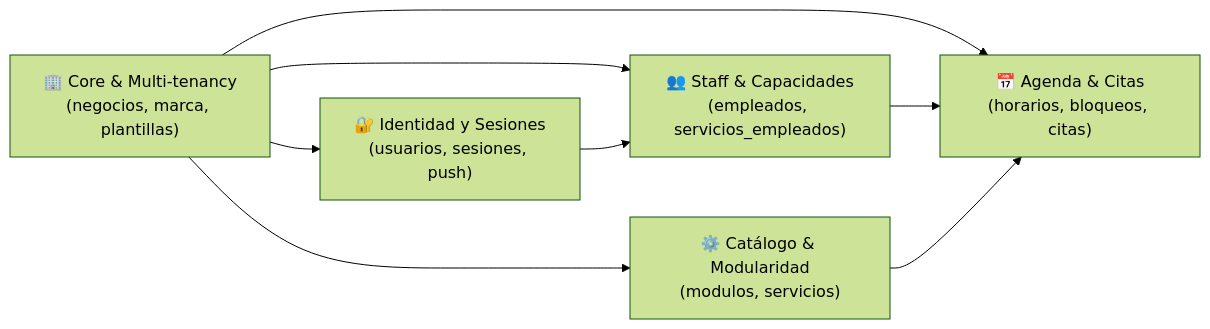
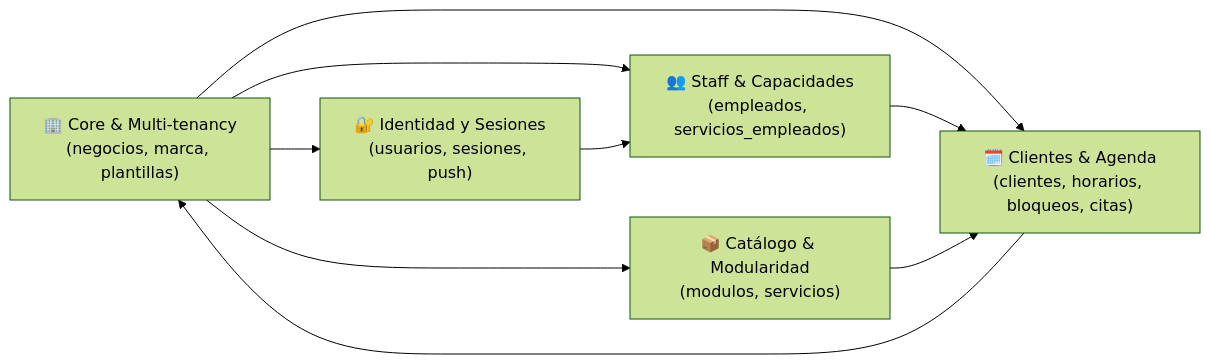
One commit to ShaguittoScot/Slotify changed the second of 2 diagrams in Base de datos - Proyecto.md. Above: the diagram before and after it, drawn with Mermaid (forest theme). The commit also changed other lines of this file and 18 other files, not shown here.

````diff
--- a/Base de datos - Proyecto.md
+++ b/Base de datos - Proyecto.md
@@ -187,16 +198,17 @@
 ```mermaid
 graph LR
     D1["🏢 Core & Multi-tenancy\n(negocios, marca, plantillas)"]
     D2["🔐 Identidad y Sesiones\n(usuarios, sesiones, push)"]
     D3["👥 Staff & Capacidades\n(empleados, servicios_empleados)"]
-    D4["⚙️ Catálogo & Modularidad\n(modulos, servicios)"]
-    D5["📅 Agenda & Citas\n(horarios, bloqueos, citas)"]
+    D4["📦 Catálogo & Modularidad\n(modulos, servicios)"]
+    D5["🗓️ Clientes & Agenda\n(clientes, horarios, bloqueos, citas)"]
 
     D1 --> D2
     D1 --> D3
     D1 --> D4
     D1 --> D5
     D2 --> D3
     D3 --> D5
     D4 --> D5
+    D5 --> D1
 ```
````
